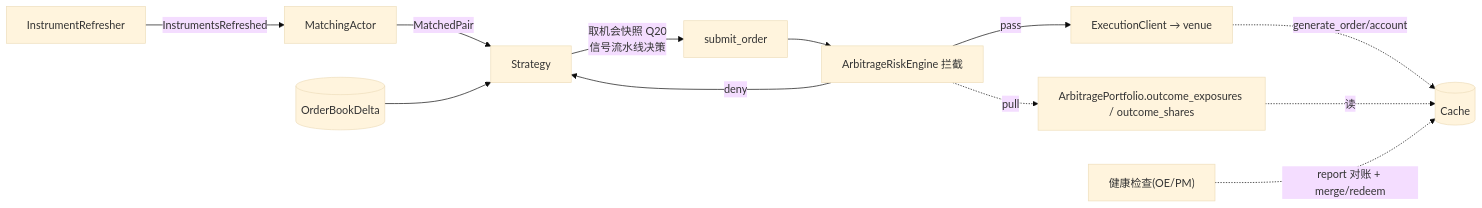
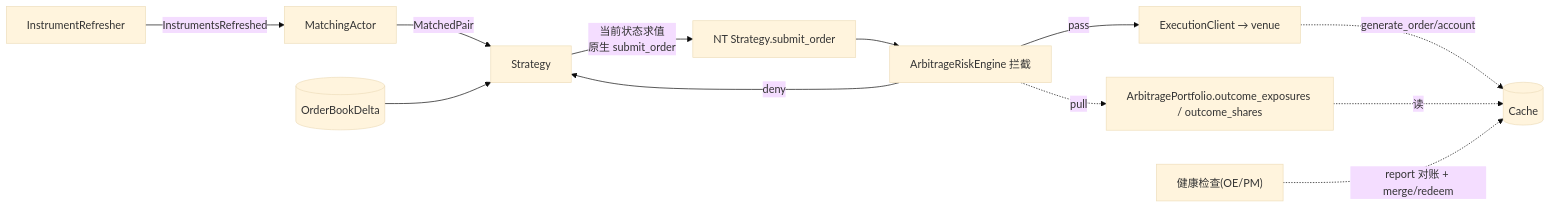
One commit to psnewer/nautilus_trader changed the second of 2 diagrams in docs/arbitrage/architecture.md. Above: the diagram before and after it, drawn with Mermaid (base theme). The commit also changed other lines of this file and 121 other files, not shown here.

````diff
--- a/docs/arbitrage/architecture.md
+++ b/docs/arbitrage/architecture.md
@@ -49,14 +51,14 @@
 ```mermaid
 flowchart LR
   RF[InstrumentRefresher] -->|InstrumentsRefreshed| MA[MatchingActor]
   MA -->|MatchedPair| ST[Strategy]
   DATA[(OrderBookDelta)] --> ST
-  ST -->|取机会快照 Q20<br/>信号流水线决策| SUB[submit_order]
+  ST -->|当前状态求值<br/>原生 submit_order| SUB[NT Strategy.submit_order]
   SUB --> RE[ArbitrageRiskEngine 拦截]
   RE -->|pass| EC[ExecutionClient → venue]
   RE -->|deny| ST
   EC -.generate_order/account.-> CA[(Cache)]
   RE -.pull.-> PF["ArbitragePortfolio.outcome_exposures / outcome_shares"]
   PF -.读.-> CA
   HC["健康检查(OE/PM)"] -.report 对账 + merge/redeem.-> CA
 ```
````
